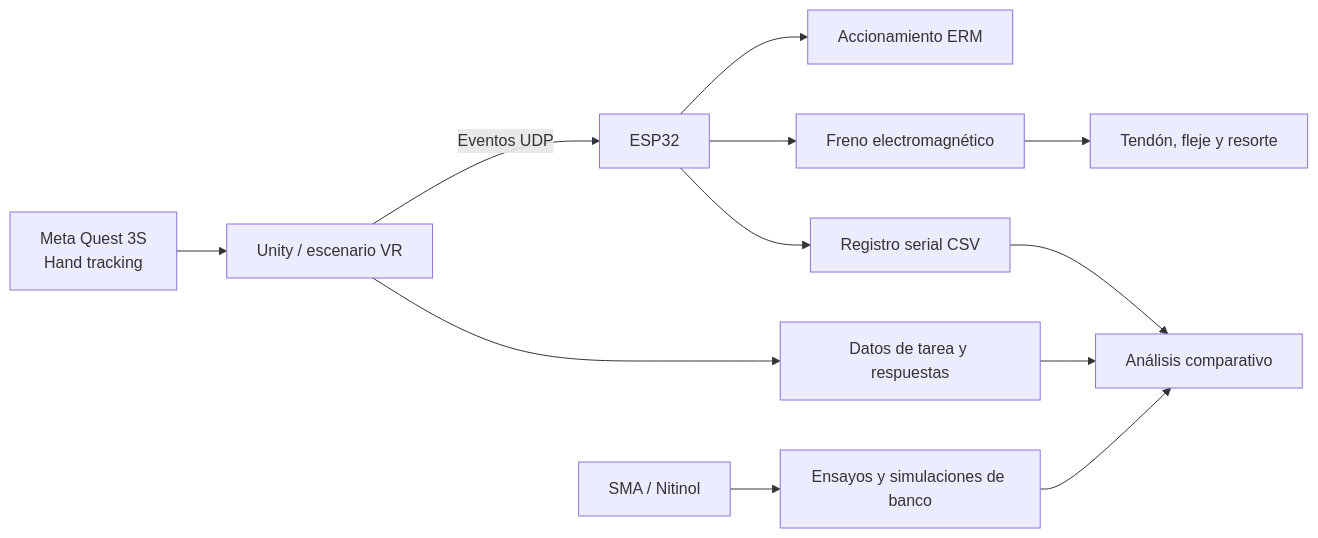
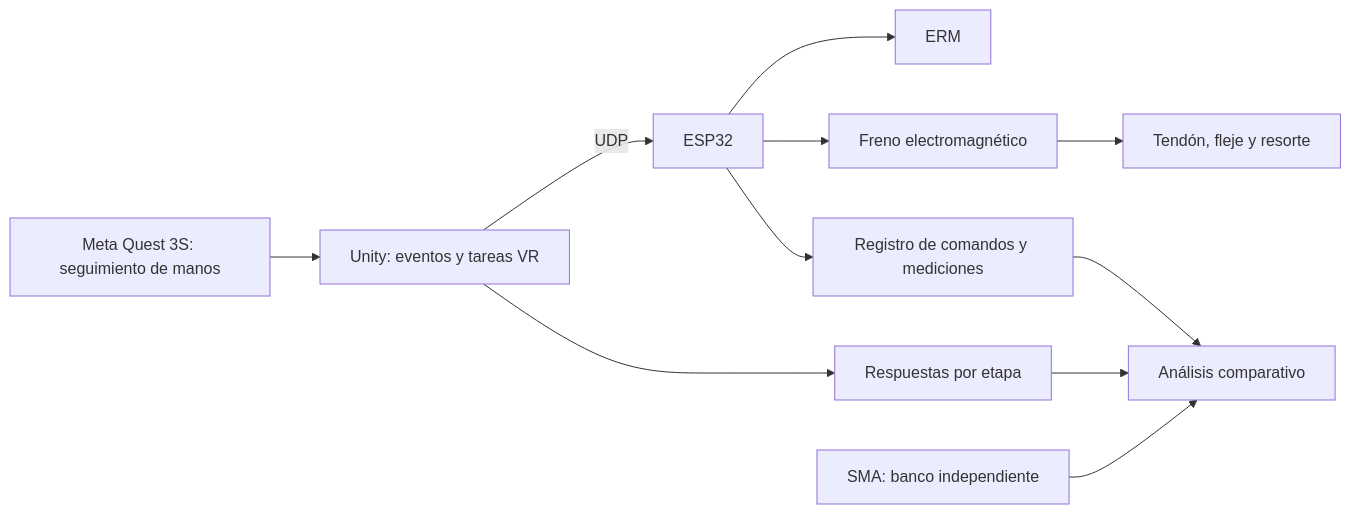
Before and after one commit to Juanleon-19/HAPTIX: the diagram in README.md, drawn with Mermaid. The commit also changed other lines of this file and 10 other files, not shown here.

Commit message:
docs(protocolo): primeros procedimientos trazables ERM, P25, SMA y VR

````diff
--- a/README.md
+++ b/README.md
@@ -32,14 +45,13 @@
 ```mermaid
 flowchart LR
-  Q[Meta Quest 3S\nHand tracking] --> U[Unity / escenario VR]
-  U -->|Eventos UDP| E[ESP32]
-  E --> A[Accionamiento ERM]
+  Q[Meta Quest 3S: seguimiento de manos] --> U[Unity: eventos y tareas VR]
+  U -->|UDP| E[ESP32]
+  E --> A[ERM]
   E --> B[Freno electromagnético]
   B --> M[Tendón, fleje y resorte]
-  E --> S[Registro serial CSV]
-  U --> R[Datos de tarea y respuestas]
-  S --> C[Análisis comparativo]
-  R --> C
-  X[SMA / Nitinol] --> Y[Ensayos y simulaciones de banco]
-  Y --> C
+  E --> R[Registro de comandos y mediciones]
+  U --> D[Respuestas por etapa]
+  R --> C[Análisis comparativo]
+  D --> C
+  S[SMA: banco independiente] --> C
 ```
````
